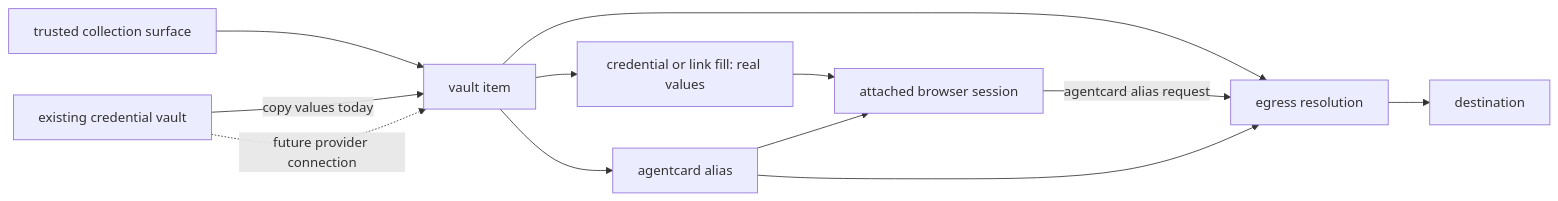
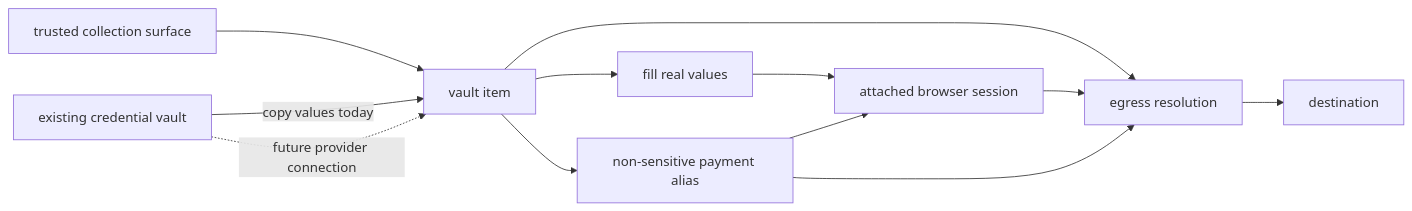
Before and after one commit to kernel/docs: the diagram in vaults/overview.mdx, drawn with Mermaid. The commit also changed other lines of this file and 5 other files, not shown here.

````diff
--- a/vaults/overview.mdx
+++ b/vaults/overview.mdx
@@ -110,14 +109,14 @@
 ```mermaid
 flowchart LR
   T[trusted collection surface] --> I[vault item]
   V[existing credential vault] -->|copy values today| I
   V -. future provider connection .-> I
-  I --> F[credential or link fill: real values]
+  I --> F[fill real values]
   F --> B[attached browser session]
-  I --> A[agentcard alias]
+  I --> A[non-sensitive payment alias]
   A --> B[attached browser session]
   I --> E[egress resolution]
-  B -->|agentcard alias request| E
+  B --> E
   A --> E
   E --> D[destination]
 ```
````
